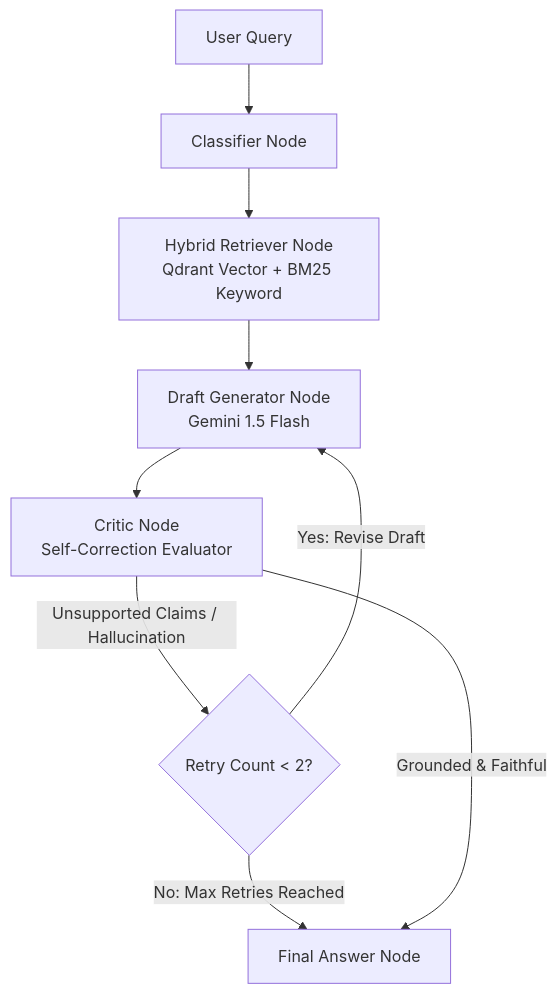
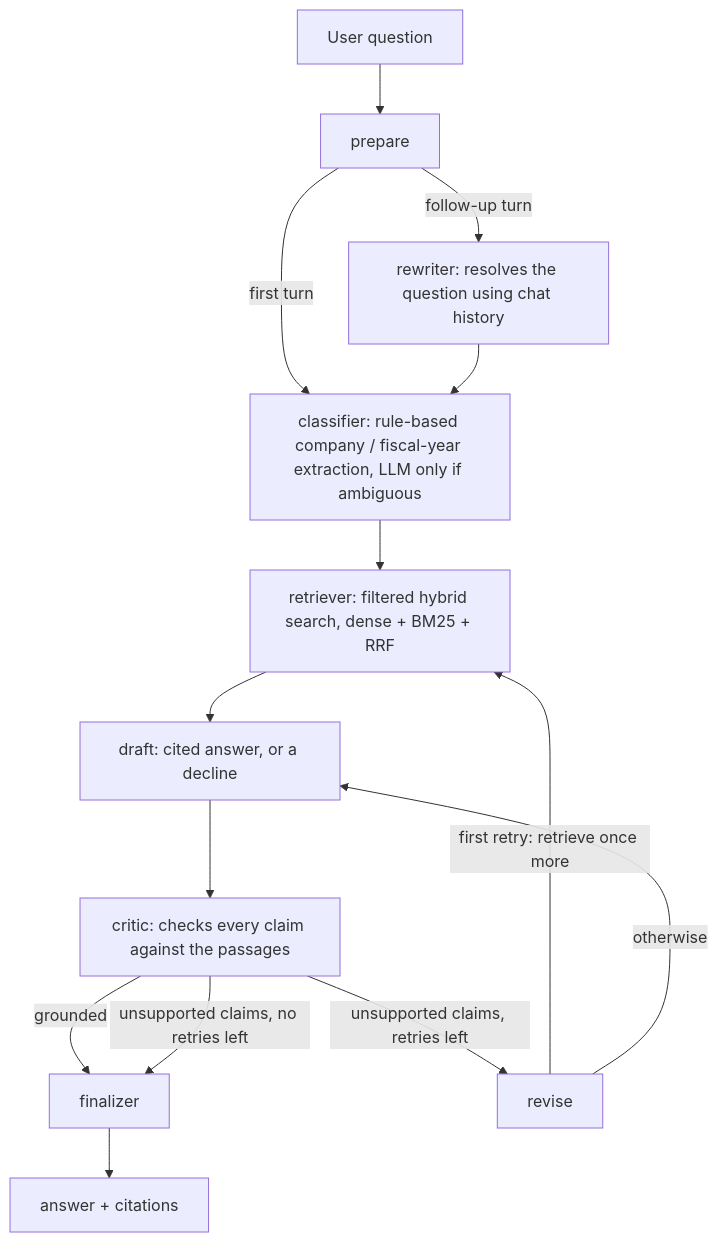
Before and after one commit to agananya03/Verity: the diagram in README.md, drawn with Mermaid. The commit also changed other lines of this file and 1 other file, not shown here.

````diff
--- a/README.md
+++ b/README.md
@@ -21,11 +27,16 @@
 ```mermaid
 graph TD
-    A[User Query] --> B[Classifier Node]
-    B --> C[Hybrid Retriever Node<br/>Qdrant Vector + BM25 Keyword]
-    C --> D[Draft Generator Node<br/>Gemini 1.5 Flash]
-    D --> E[Critic Node<br/>Self-Correction Evaluator]
-    E -->|Unsupported Claims / Hallucination| F{Retry Count < 2?}
-    F -->|Yes: Revise Draft| D
-    F -->|No: Max Retries Reached| G[Final Answer Node]
-    E -->|Grounded & Faithful| G
+    A[User question] --> P[prepare]
+    P -->|follow-up turn| R[rewriter: resolves the question using chat history]
+    P -->|first turn| C
+    R --> C[classifier: rule-based company / fiscal-year extraction, LLM only if ambiguous]
+    C --> T[retriever: filtered hybrid search, dense + BM25 + RRF]
+    T --> D[draft: cited answer, or a decline]
+    D --> K[critic: checks every claim against the passages]
+    K -->|grounded| F[finalizer]
+    K -->|unsupported claims, retries left| V[revise]
+    V -->|first retry: retrieve once more| T
+    V -->|otherwise| D
+    K -->|unsupported claims, no retries left| F
+    F --> Z[answer + citations]
 ```
````
